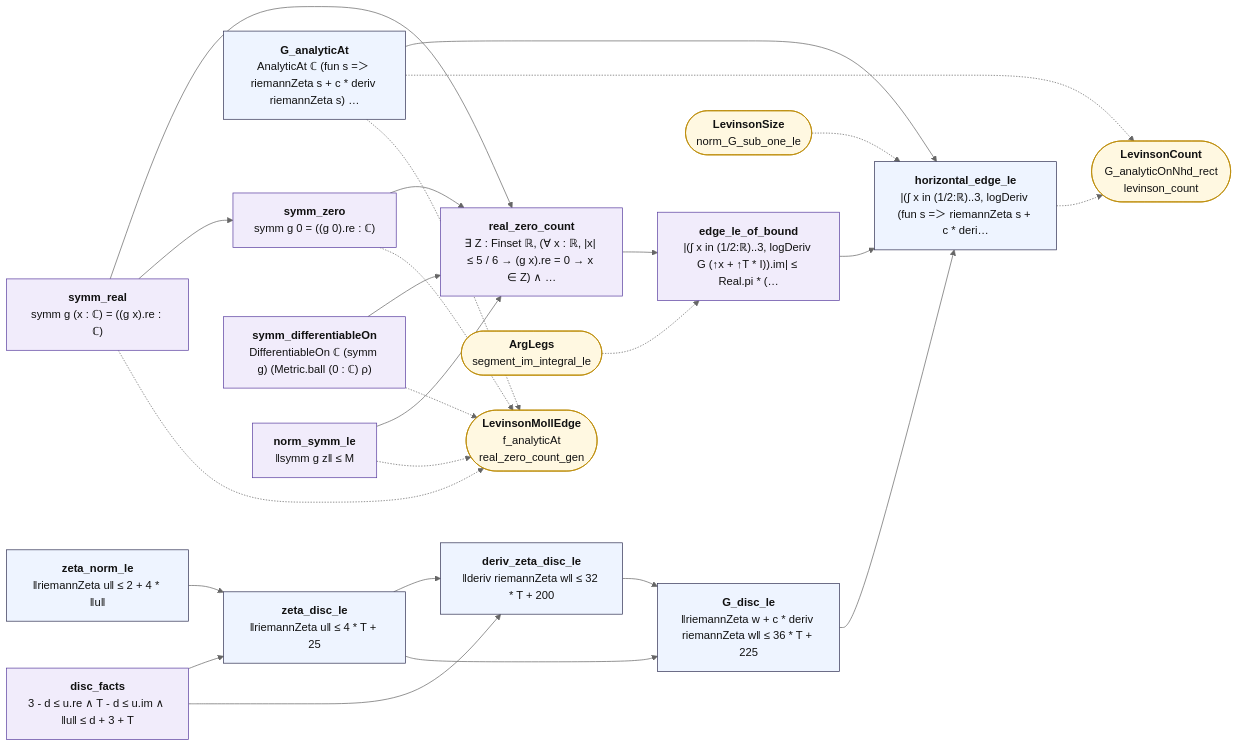
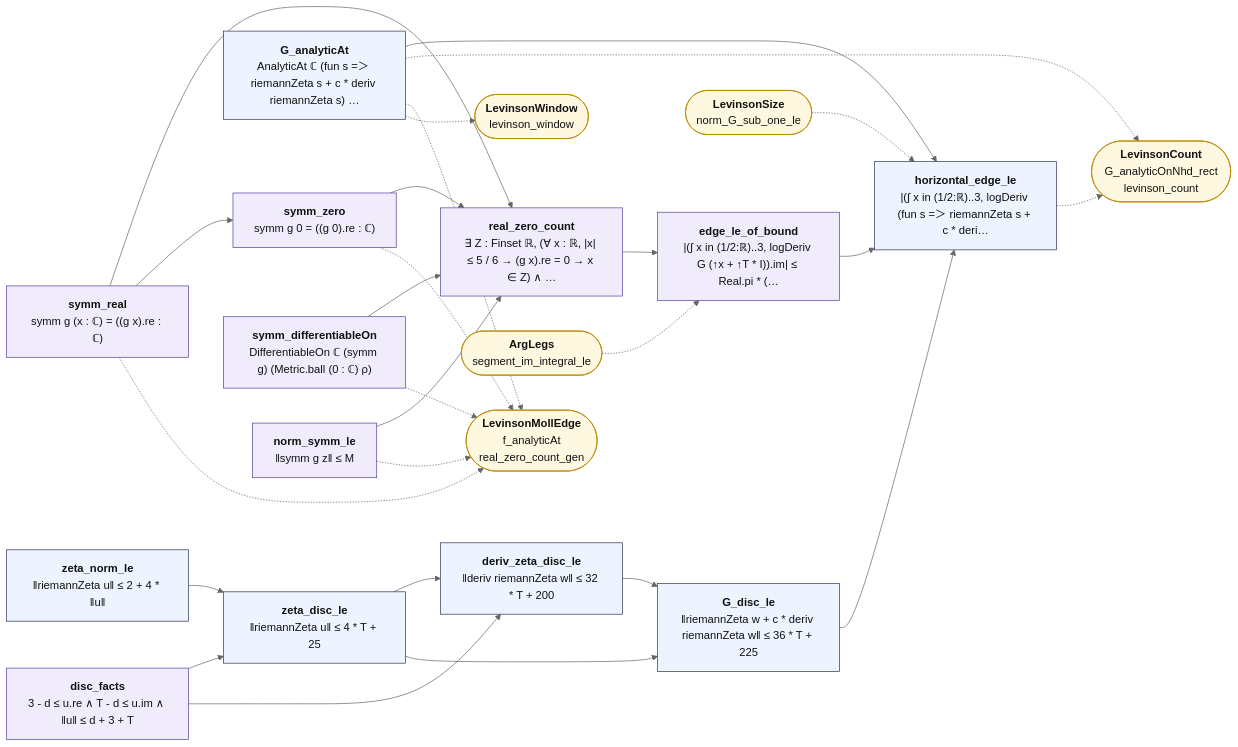
Before and after one commit to juliansambranojr/Primebeat_081426: the diagram in map/lean_stage3/LevinsonEdge.md, drawn with Mermaid (neutral theme). The commit also changed other lines of this file and 37 other files, not shown here.

````diff
--- a/map/lean_stage3/LevinsonEdge.md
+++ b/map/lean_stage3/LevinsonEdge.md
@@ -14,52 +14,54 @@
 ```mermaid
 flowchart LR
   n0["<b>zeta_norm_le</b><br/>‖riemannZeta u‖ ≤ 2 + 4 * ‖u‖"]:::thm
   n1["<b>disc_facts</b><br/>3 - d ≤ u.re ∧ T - d ≤ u.im ∧ ‖u‖ ≤ d + 3 + T"]:::shp
   n2["<b>zeta_disc_le</b><br/>‖riemannZeta u‖ ≤ 4 * T + 25"]:::thm
   n3["<b>deriv_zeta_disc_le</b><br/>‖deriv riemannZeta w‖ ≤ 32 * T + 200"]:::thm
   n4["<b>G_analyticAt</b><br/>AnalyticAt ℂ (fun s =＞ riemannZeta s + c * deriv riemannZeta s) …"]:::thm
   n5["<b>G_disc_le</b><br/>‖riemannZeta w + c * deriv riemannZeta w‖ ≤ 36 * T + 225"]:::thm
   n6["<b>symm_real</b><br/>symm g (x : ℂ) = ((g x).re : ℂ)"]:::shp
   n7["<b>symm_zero</b><br/>symm g 0 = ((g 0).re : ℂ)"]:::shp
   n8["<b>symm_differentiableOn</b><br/>DifferentiableOn ℂ (symm g) (Metric.ball (0 : ℂ) ρ)"]:::shp
   n9["<b>norm_symm_le</b><br/>‖symm g z‖ ≤ M"]:::shp
   n10["<b>real_zero_count</b><br/>∃ Z : Finset ℝ, (∀ x : ℝ, |x| ≤ 5 / 6 → (g x).re = 0 → x ∈ Z) ∧ …"]:::shp
   n11["<b>edge_le_of_bound</b><br/>|(∫ x in (1/2:ℝ)..3, logDeriv G (↑x + ↑T * I)).im| ≤ Real.pi * (…"]:::shp
   n12["<b>horizontal_edge_le</b><br/>|(∫ x in (1/2:ℝ)..3, logDeriv (fun s =＞ riemannZeta s + c * deri…"]:::thm
   x0(["<b>LevinsonCount</b><br/>G_analyticOnNhd_rect<br/>levinson_count"]):::ext
   x1(["<b>LevinsonMollEdge</b><br/>f_analyticAt<br/>real_zero_count_gen"]):::ext
-  x2(["<b>ArgLegs</b><br/>segment_im_integral_le"]):::ext
-  x3(["<b>LevinsonSize</b><br/>norm_G_sub_one_le"]):::ext
+  x2(["<b>LevinsonWindow</b><br/>levinson_window"]):::ext
+  x3(["<b>ArgLegs</b><br/>segment_im_integral_le"]):::ext
+  x4(["<b>LevinsonSize</b><br/>norm_G_sub_one_le"]):::ext
   n0 --> n2
   n1 --> n2
   n1 --> n3
   n10 --> n11
   n11 --> n12
   n2 --> n3
   n2 --> n5
   n3 --> n5
   n4 --> n12
   n5 --> n12
   n6 --> n10
   n6 --> n7
   n7 --> n10
   n8 --> n10
   n9 --> n10
   n12 -.-> x0
   n4 -.-> x0
   n4 -.-> x1
+  n4 -.-> x2
   n6 -.-> x1
   n7 -.-> x1
   n8 -.-> x1
   n9 -.-> x1
-  x2 -.-> n11
-  x3 -.-> n12
+  x3 -.-> n11
+  x4 -.-> n12
   classDef cnt fill:#dff5ec,stroke:#17694a,color:#111
   classDef shp fill:#f1ecfb,stroke:#5b3fa0,color:#111
   classDef rh fill:#ffe5e5,stroke:#c22,color:#111,stroke-width:2px
   classDef thm fill:#eef4ff,stroke:#335,color:#111
   classDef end_ fill:#e7f7e7,stroke:#2a7,color:#111,stroke-width:2px
   classDef lone fill:#fff,stroke:#999,color:#111,stroke-dasharray:4 3
   classDef bad fill:#ffe5e5,stroke:#c22,color:#111,stroke-width:2px
   classDef ext fill:#fff8e1,stroke:#b80,color:#111
 ```
````
